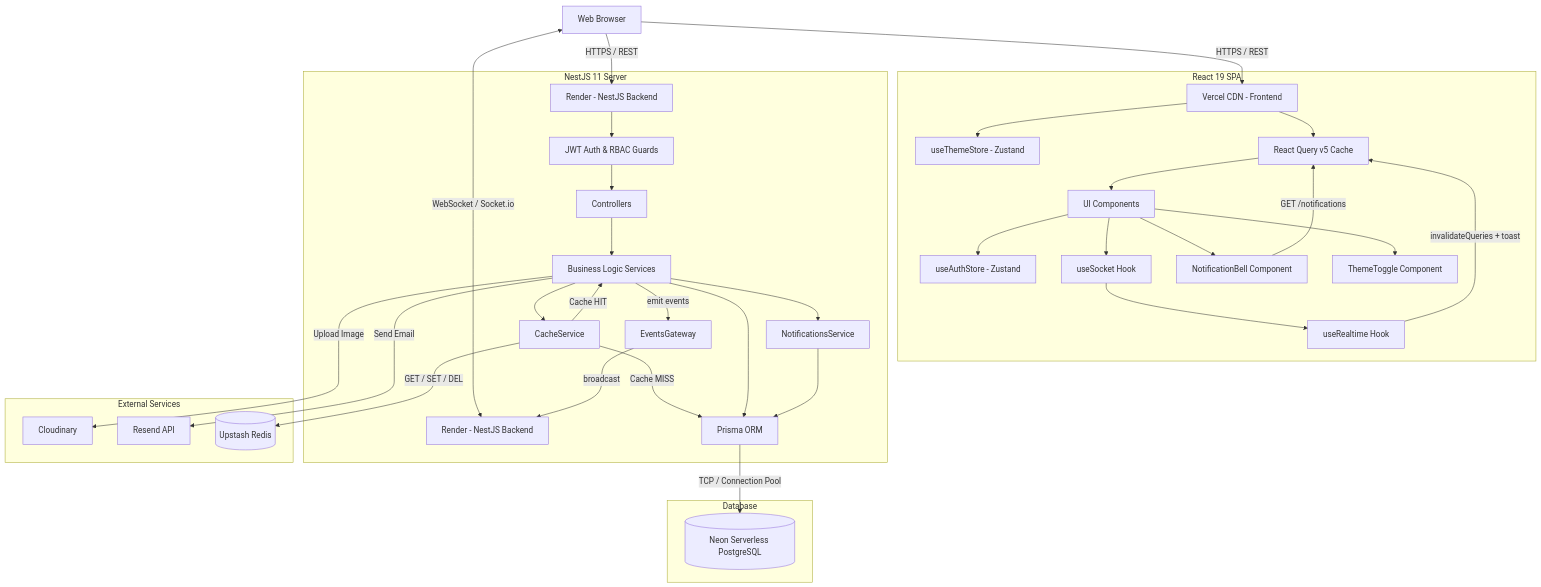
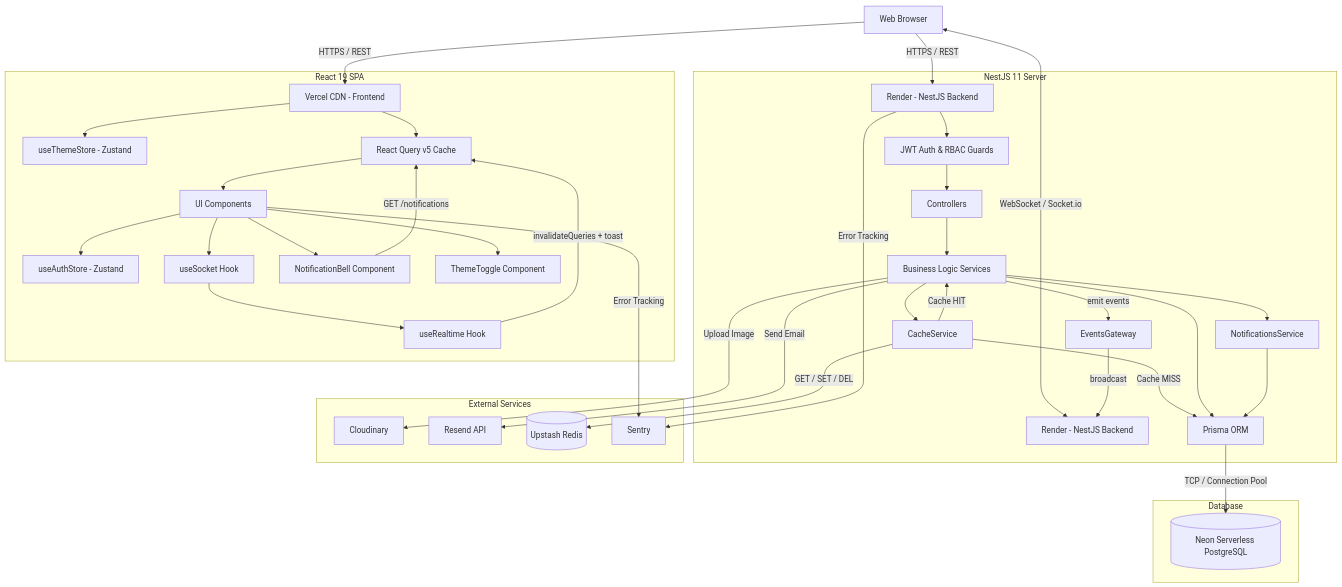
The first of 6 diagrams in README.md (DatPHP/crm-system-2026), drawn with Mermaid before and after one commit. The commit also changed other lines of this file, not shown here.

````diff
--- a/README.md
+++ b/README.md
@@ -143,43 +149,45 @@
 ```mermaid
 graph TD
     Client[Web Browser] -->|HTTPS / REST| CDN[Vercel CDN - Frontend]
     Client -->|HTTPS / REST| API[Render - NestJS Backend]
     Client <-->|WebSocket / Socket.io| WS[Render - NestJS Backend]
 
     subgraph Frontend [React 19 SPA]
         CDN --> ThemeStore[useThemeStore - Zustand]
         CDN --> ReactQuery[React Query v5 Cache]
         ReactQuery --> Components[UI Components]
         Components --> AuthStore[useAuthStore - Zustand]
         Components --> useSocket[useSocket Hook]
         useSocket --> useRealtime[useRealtime Hook]
         useRealtime -->|invalidateQueries + toast| ReactQuery
         Components --> NotificationBell[NotificationBell Component]
         Components --> ThemeToggle[ThemeToggle Component]
         NotificationBell -->|GET /notifications| ReactQuery
     end
 
     subgraph Backend [NestJS 11 Server]
         API --> Guards[JWT Auth & RBAC Guards]
         Guards --> Controllers[Controllers]
         Controllers --> Services[Business Logic Services]
         Services --> Cache[CacheService]
         Cache -->|Cache HIT| Services
         Cache -->|Cache MISS| Prisma[Prisma ORM]
         Services --> Prisma
         Services -->|emit events| Gateway[EventsGateway]
         Gateway -->|broadcast| WS
         Services --> NotifService[NotificationsService]
         NotifService --> Prisma
     end
 
     subgraph External Services
         Services -->|Upload Image| Cloudinary[Cloudinary]
         Services -->|Send Email| Resend[Resend API]
         Cache -->|GET / SET / DEL| Redis[(Upstash Redis)]
+        API -->|Error Tracking| Sentry[Sentry]
+        Components -->|Error Tracking| Sentry
     end
 
     subgraph Database
         Prisma -->|TCP / Connection Pool| DB[(Neon Serverless PostgreSQL)]
     end
 ```
````
